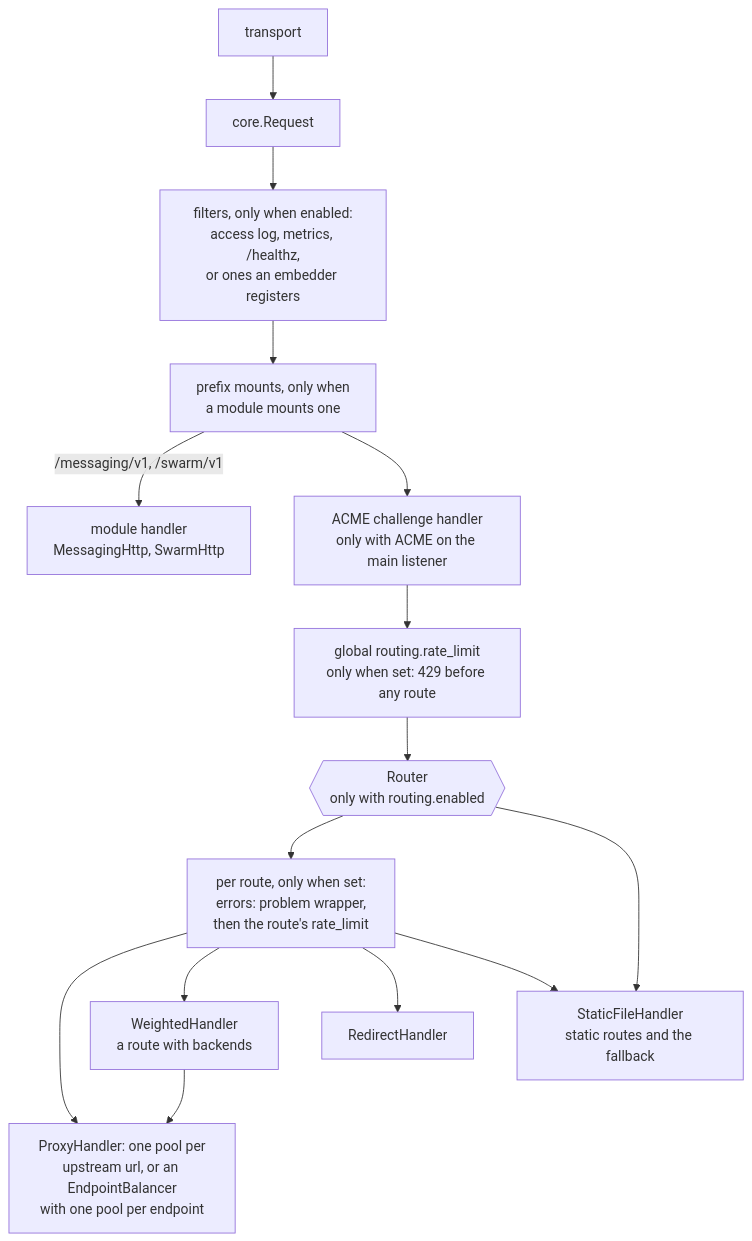
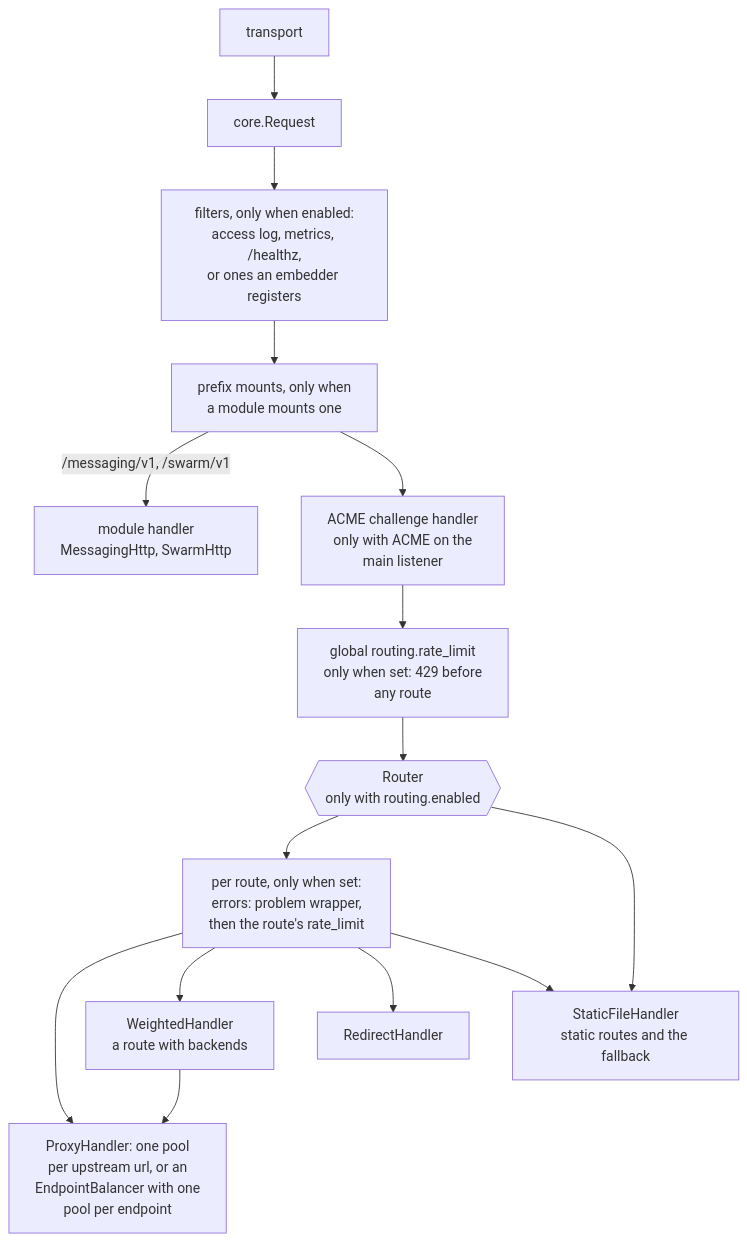
The first of 6 diagrams in docs/design/proxy-routing.md (BlivionIaG/sjws_nettask), drawn with Mermaid before and after one commit. The commit also changed other lines of this file and 8 other files, not shown here.

First line of the commit message:
docs: re-wrap long diagram labels so words do not orphan

````diff
--- a/docs/design/proxy-routing.md
+++ b/docs/design/proxy-routing.md
@@ -24,17 +24,17 @@
 ```mermaid
 flowchart TB
     t["transport"] --> rq["core.Request"]
     rq --> fl["filters, only when enabled:<br/>access log, metrics, /healthz,<br/>or ones an embedder registers"]
     fl --> pm["prefix mounts, only when<br/>a module mounts one"]
     pm -->|"/messaging/v1, /swarm/v1"| mod["module handler<br/>MessagingHttp, SwarmHttp"]
-    pm --> ac["ACME challenge handler<br/>only with ACME on the main listener"]
-    ac --> gl["global routing.rate_limit<br/>only when set: 429 before any route"]
+    pm --> ac["ACME challenge handler<br/>only with ACME on the<br/>main listener"]
+    ac --> gl["global routing.rate_limit<br/>only when set: 429 before<br/>any route"]
     gl --> r{{"Router<br/>only with routing.enabled"}}
     r --> rw["per route, only when set:<br/>errors: problem wrapper,<br/>then the route's rate_limit"]
-    rw --> p["ProxyHandler: one pool per<br/>upstream url, or an EndpointBalancer<br/>with one pool per endpoint"]
+    rw --> p["ProxyHandler: one pool<br/>per upstream url, or an<br/>EndpointBalancer with one<br/>pool per endpoint"]
     rw --> w["WeightedHandler<br/>a route with backends"]
     w --> p
     rw --> rd["RedirectHandler"]
     rw --> sf["StaticFileHandler<br/>static routes and the fallback"]
     r --> sf
 ```
````
